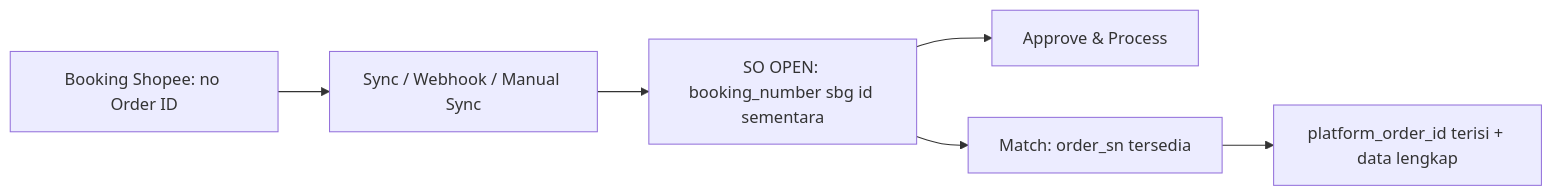
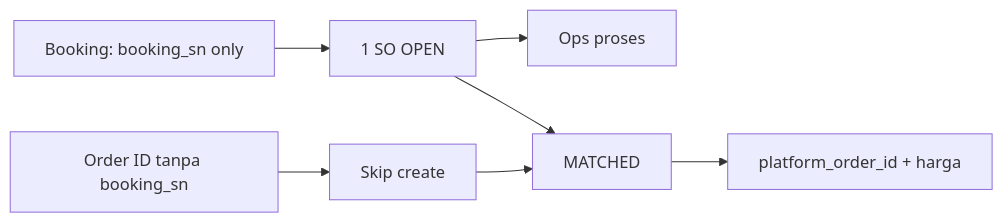
One commit to yendyr/olshoperp-docs changed the first of 3 diagrams in qa-docs/_meta/sot/omni-sales-platform-booking-source-of-truth.md. Above: the diagram before and after it, drawn with Mermaid. The commit also changed other lines of this file and 11 other files, not shown here.

First line of the commit message:
docs(qa): sync Shopee booking MATCHED dual-path anti-dupe case

````diff
--- a/qa-docs/_meta/sot/omni-sales-platform-booking-source-of-truth.md
+++ b/qa-docs/_meta/sot/omni-sales-platform-booking-source-of-truth.md
@@ -19,8 +21,9 @@
 ```mermaid
 flowchart LR
-    BK[Booking Shopee: no Order ID] --> SYN[Sync / Webhook / Manual Sync]
-    SYN --> SO[SO OPEN: booking_number sbg id sementara]
-    SO --> PRC[Approve & Process]
-    SO --> MTC[Match: order_sn tersedia]
-    MTC --> FULL[platform_order_id terisi + data lengkap]
+    BK[Booking: booking_sn only] --> SO[1 SO OPEN]
+    SO --> OPS[Ops proses]
+    OID[Order ID tanpa booking_sn] --> HOLD[Skip create]
+    HOLD --> MTC[MATCHED]
+    SO --> MTC
+    MTC --> FULL[platform_order_id + harga]
 ```
````
